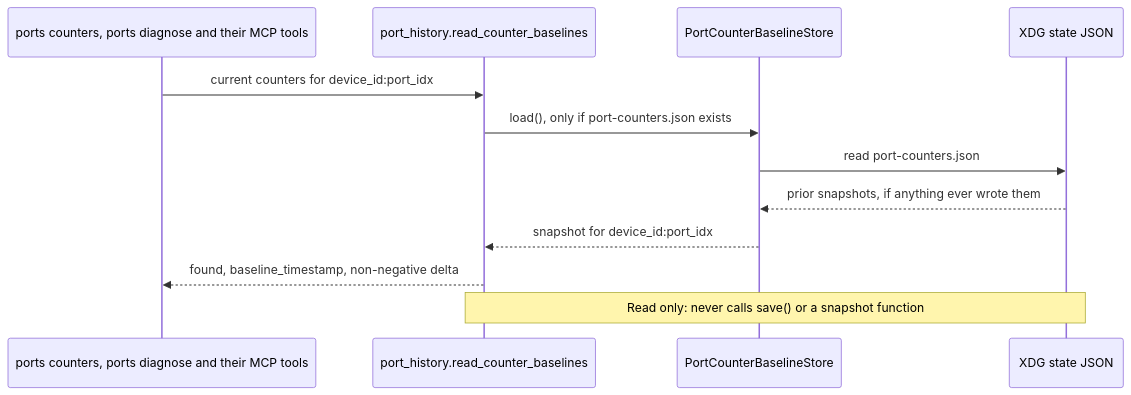
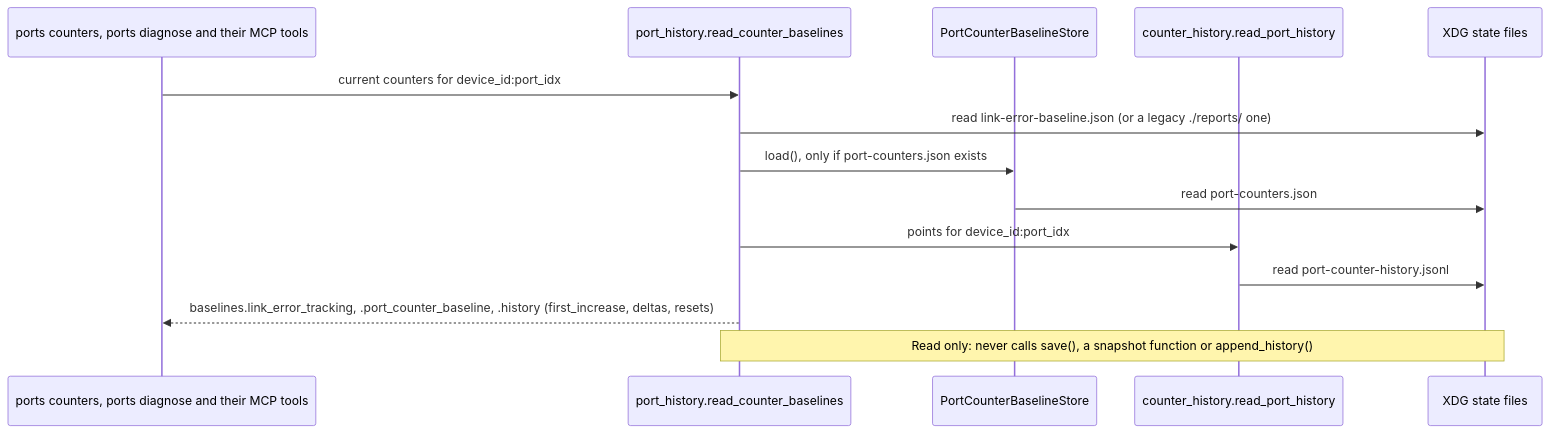
One commit to NetDevAutomate/unifi_management_cli changed diagram 12 of 16 in docs/architecture/codemap.md. Above: the diagram before and after it, drawn with Mermaid. The commit also changed other lines of this file and 21 other files, not shown here.

First line of the commit message:
feat(ports): record port counter history under XDG state, separate from the baseline

````diff
--- a/docs/architecture/codemap.md
+++ b/docs/architecture/codemap.md
@@ -1385,15 +1385,17 @@
 ```mermaid
 sequenceDiagram
     participant Cmd as ports counters, ports diagnose and their MCP tools
     participant Hist as port_history.read_counter_baselines
     participant Store as PortCounterBaselineStore
-    participant Disk as XDG state JSON
+    participant JL as counter_history.read_port_history
+    participant Disk as XDG state files
 
     Cmd->>Hist: current counters for device_id:port_idx
+    Hist->>Disk: read link-error-baseline.json (or a legacy ./reports/ one)
     Hist->>Store: load(), only if port-counters.json exists
     Store->>Disk: read port-counters.json
-    Disk-->>Store: prior snapshots, if anything ever wrote them
-    Store-->>Hist: snapshot for device_id:port_idx
-    Hist-->>Cmd: found, baseline_timestamp, non-negative delta
-    Note over Hist,Disk: Read only: never calls save() or a snapshot function
+    Hist->>JL: points for device_id:port_idx
+    JL->>Disk: read port-counter-history.jsonl
+    Hist-->>Cmd: baselines.link_error_tracking, .port_counter_baseline, .history (first_increase, deltas, resets)
+    Note over Hist,Disk: Read only: never calls save(), a snapshot function or append_history()
 ```
````
